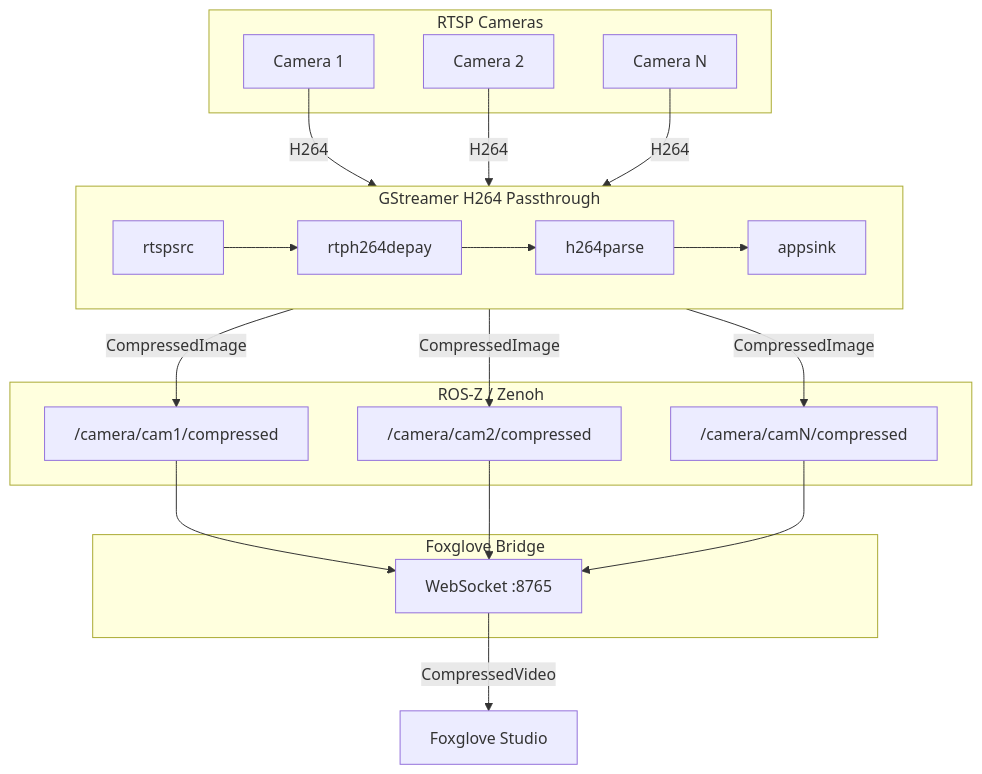
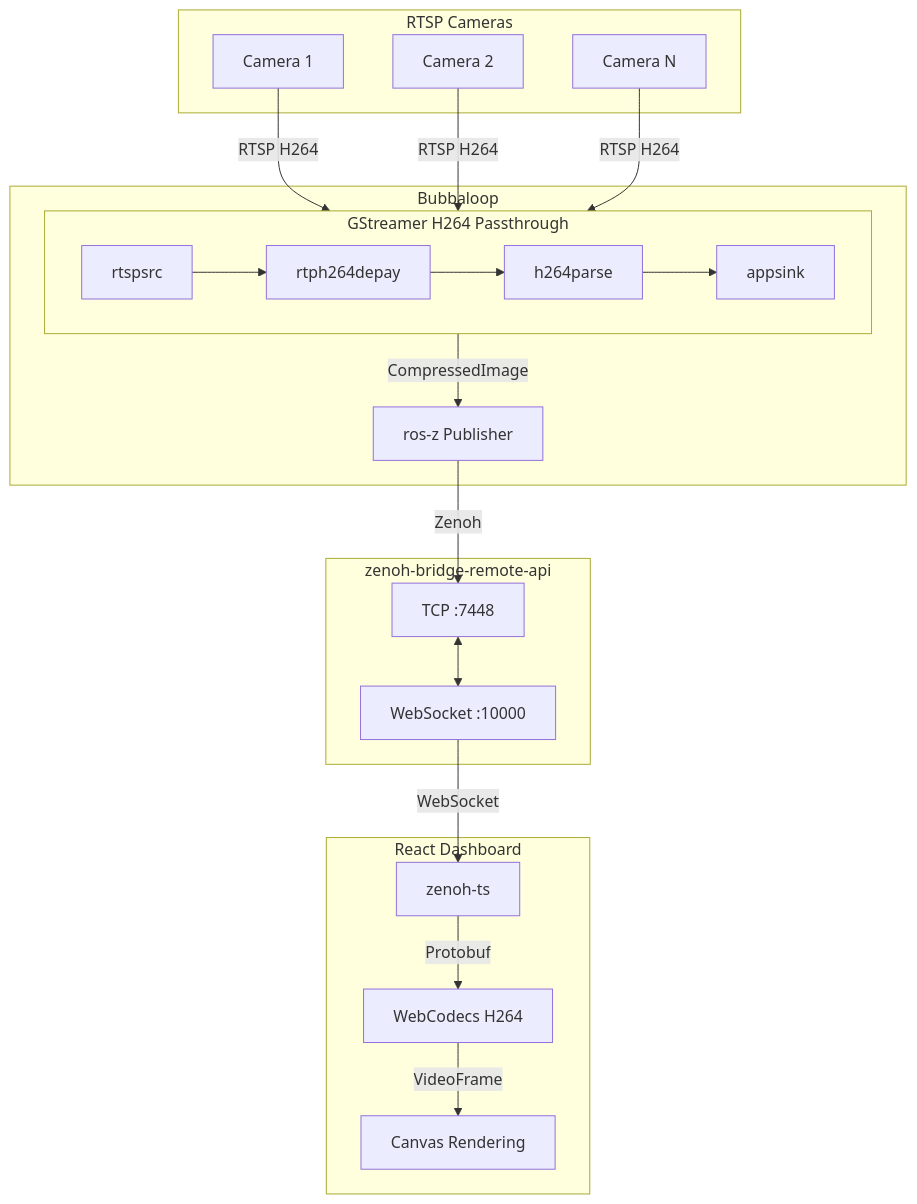
Before and after one commit to kornia/bubbaloop: the first of 2 diagrams in docs/architecture.md, drawn with Mermaid. The commit also changed other lines of this file and 30 other files, not shown here.

Commit message:
implement camera dashboard

````diff
--- a/docs/architecture.md
+++ b/docs/architecture.md
@@ -7,39 +7,38 @@
 ```mermaid
 flowchart TB
     subgraph cameras [RTSP Cameras]
         cam1[Camera 1]
         cam2[Camera 2]
         camN[Camera N]
     end
 
-    subgraph gstreamer [GStreamer H264 Passthrough]
-        direction LR
-        rtspsrc[rtspsrc] --> rtph264depay[rtph264depay] --> h264parse[h264parse] --> appsink[appsink]
+    subgraph bubbaloop [Bubbaloop]
+        subgraph gstreamer [GStreamer H264 Passthrough]
+            direction LR
+            rtspsrc[rtspsrc] --> rtph264depay[rtph264depay] --> h264parse[h264parse] --> appsink[appsink]
+        end
+        rosz[ros-z Publisher]
     end
 
-    subgraph zenoh [ROS-Z / Zenoh]
-        topic1["/camera/cam1/compressed"]
-        topic2["/camera/cam2/compressed"]
-        topicN["/camera/camN/compressed"]
+    subgraph bridge [zenoh-bridge-remote-api]
+        tcp[TCP :7448]
+        ws[WebSocket :10000]
     end
 
-    subgraph foxglove [Foxglove Bridge]
-        ws[WebSocket :8765]
+    subgraph dashboard [React Dashboard]
+        zenohts[zenoh-ts]
+        webcodecs[WebCodecs H264]
+        canvas[Canvas Rendering]
     end
 
-    studio[Foxglove Studio]
+    cam1 -->|RTSP H264| gstreamer
+    cam2 -->|RTSP H264| gstreamer
+    camN -->|RTSP H264| gstreamer
 
-    cam1 -->|H264| gstreamer
-    cam2 -->|H264| gstreamer
-    camN -->|H264| gstreamer
-
-    gstreamer -->|CompressedImage| topic1
-    gstreamer -->|CompressedImage| topic2
-    gstreamer -->|CompressedImage| topicN
-
-    topic1 --> ws
-    topic2 --> ws
-    topicN --> ws
-
-    ws -->|CompressedVideo| studio
+    gstreamer -->|CompressedImage| rosz
+    rosz -->|Zenoh| tcp
+    tcp <--> ws
+    ws -->|WebSocket| zenohts
+    zenohts -->|Protobuf| webcodecs
+    webcodecs -->|VideoFrame| canvas
 ```
````
